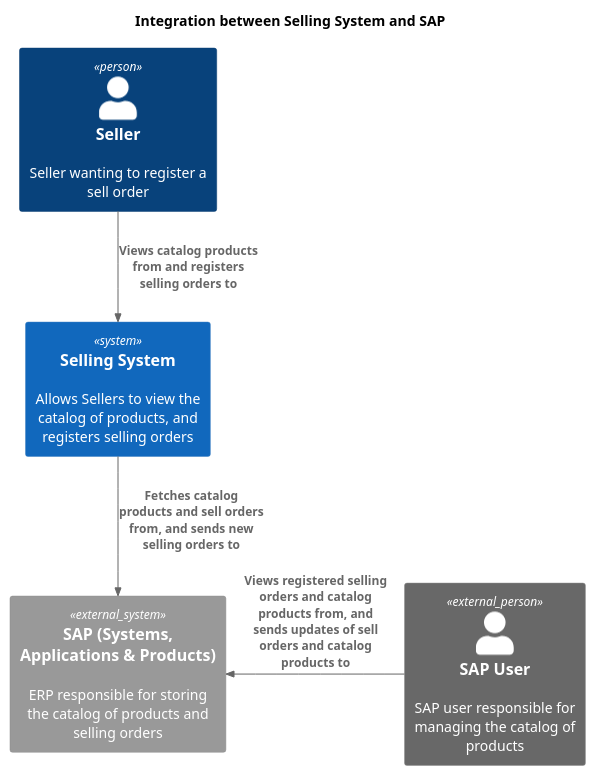
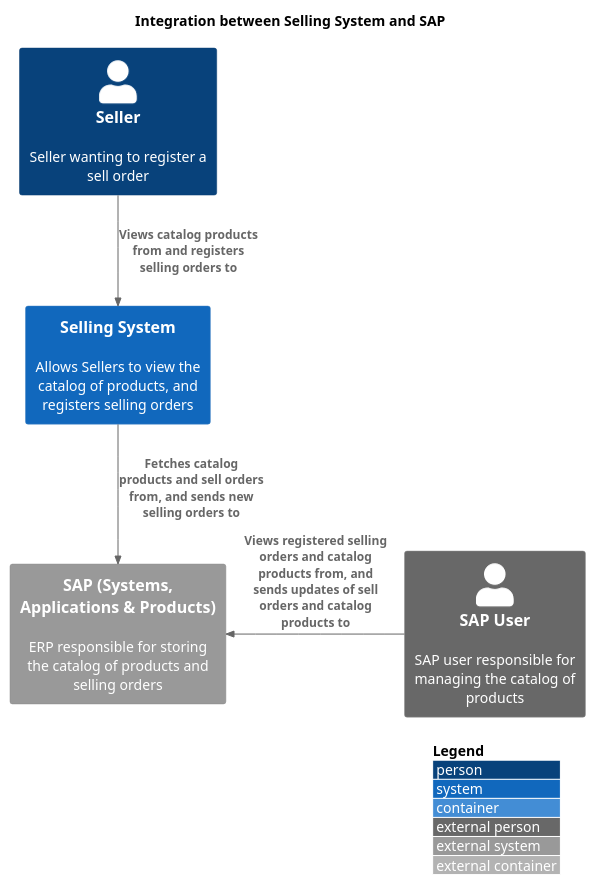
Before and after one commit to guilherme-vp/selling-project-c4-diagram: the diagram in c1.puml, drawn with PlantUML. The commit also changed 1 other file, not shown here.

```diff
--- a/c1.puml
+++ b/c1.puml
@@ -1,17 +1,19 @@
-@startuml Components
+@startuml
 !include https://raw.githubusercontent.com/plantuml-stdlib/C4-PlantUML/master/C4_Container.puml
 
 title Integration between Selling System and SAP
+
+LAYOUT_WITH_LEGEND()
 
 ' Entities
 Person(seller, "Seller", "Seller wanting to register a sell order")
 System(selling, "Selling System", "Allows Sellers to view the catalog of products, and registers selling orders")
 System_Ext(sap, "SAP (Systems, Applications & Products)", "ERP responsible for storing the catalog of products and selling orders")
 Person_Ext(sapUser, "SAP User", "SAP user responsible for managing the catalog of products")
 
 ' Relationships
 Rel(seller, selling, "Views catalog products from and registers selling orders to")
 Rel(selling, sap, "Fetches catalog products and sell orders from, and sends new selling orders to")
 Rel_L(sapUser, sap, "Views registered selling orders and catalog products from, and sends updates of sell orders and catalog products to")
 
 @enduml
```
